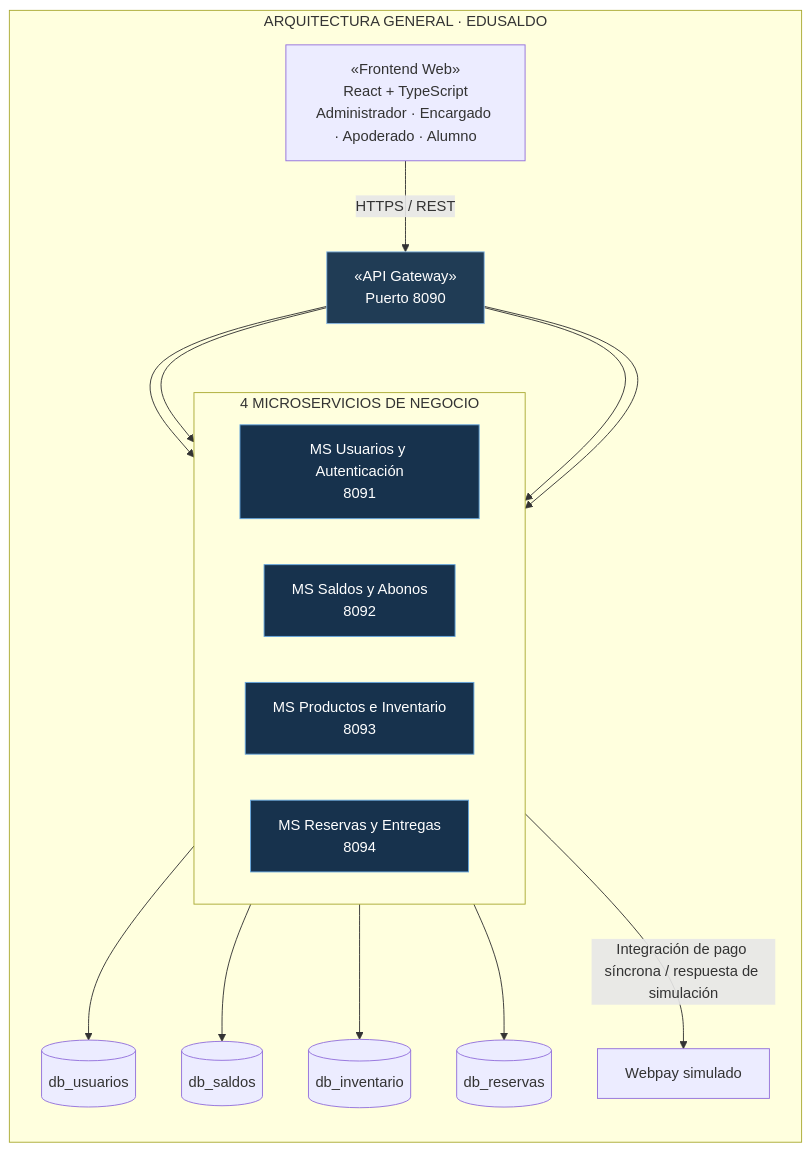
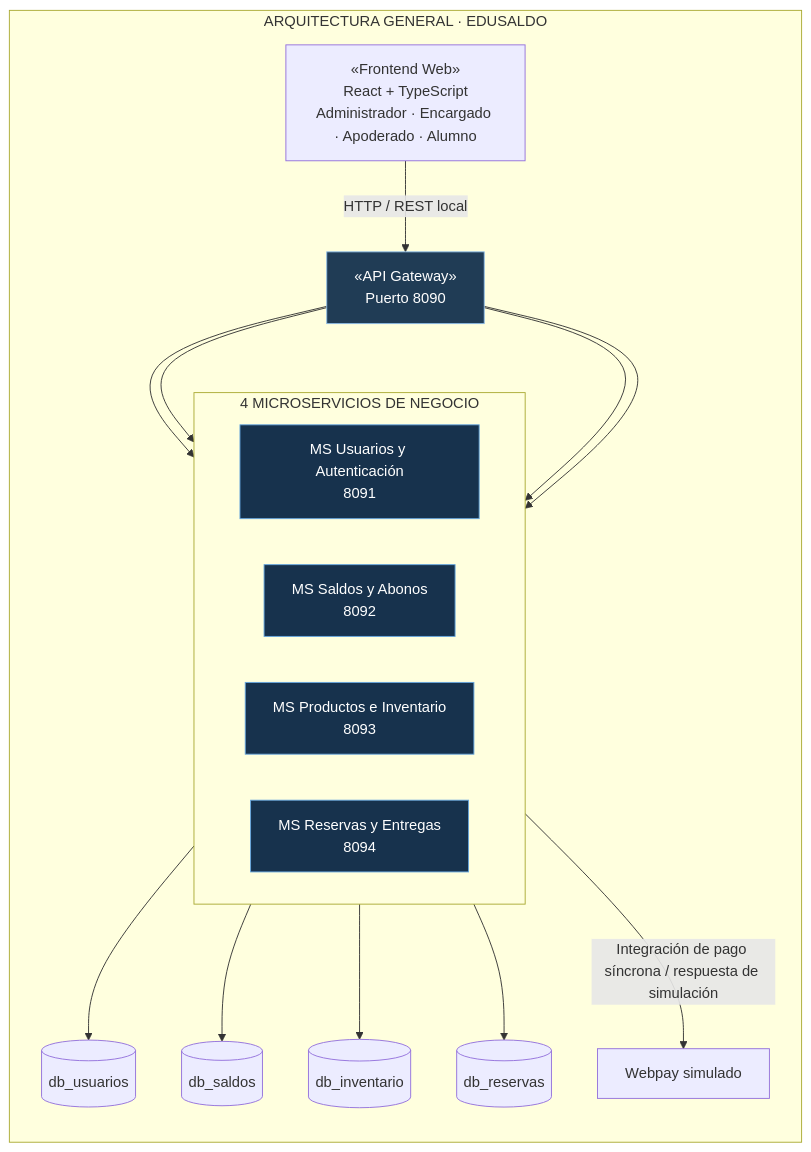
The diagram in docs/diagramas/mermaid-arquitectura-general.md (Flosotoo/paginaWeb), drawn with Mermaid before and after one commit. The commit also changed 8 other files, not shown here.

Commit message:
docs: actualizar diagramas mermaid, requerimientos y readmes del proyecto

````diff
--- a/docs/diagramas/mermaid-arquitectura-general.md
+++ b/docs/diagramas/mermaid-arquitectura-general.md
@@ -3,36 +3,36 @@
 ```mermaid
 flowchart TB
     subgraph ARQ["ARQUITECTURA GENERAL · EDUSALDO"]
       direction TB
       WEB["«Frontend Web»<br/>React + TypeScript<br/>Administrador · Encargado · Apoderado · Alumno"]
       GW["«API Gateway»<br/>Puerto 8090"]
 
-      WEB -->|"HTTPS / REST"| GW
+      WEB -->|"HTTP / REST local"| GW
 
       subgraph MS["4 MICROSERVICIOS DE NEGOCIO"]
         direction LR
         U["MS Usuarios y Autenticación<br/>8091"]
         S["MS Saldos y Abonos<br/>8092"]
         I["MS Productos e Inventario<br/>8093"]
         R["MS Reservas y Entregas<br/>8094"]
       end
 
       GW --> U
       GW --> S
       GW --> I
       GW --> R
 
       U --> DU[("db_usuarios")]
       S --> DS[("db_saldos")]
       I --> DI[("db_inventario")]
       R --> DR[("db_reservas")]
 
       S -->|"Integración de pago síncrona / respuesta de simulación"| WP["Webpay simulado"]
     end
 
     classDef ms fill:#17324d,stroke:#65a6df,color:#ffffff
     classDef gateway fill:#203c55,stroke:#8cbce8,color:#ffffff
 
     class U,S,I,R ms
     class GW gateway
 ```
````
